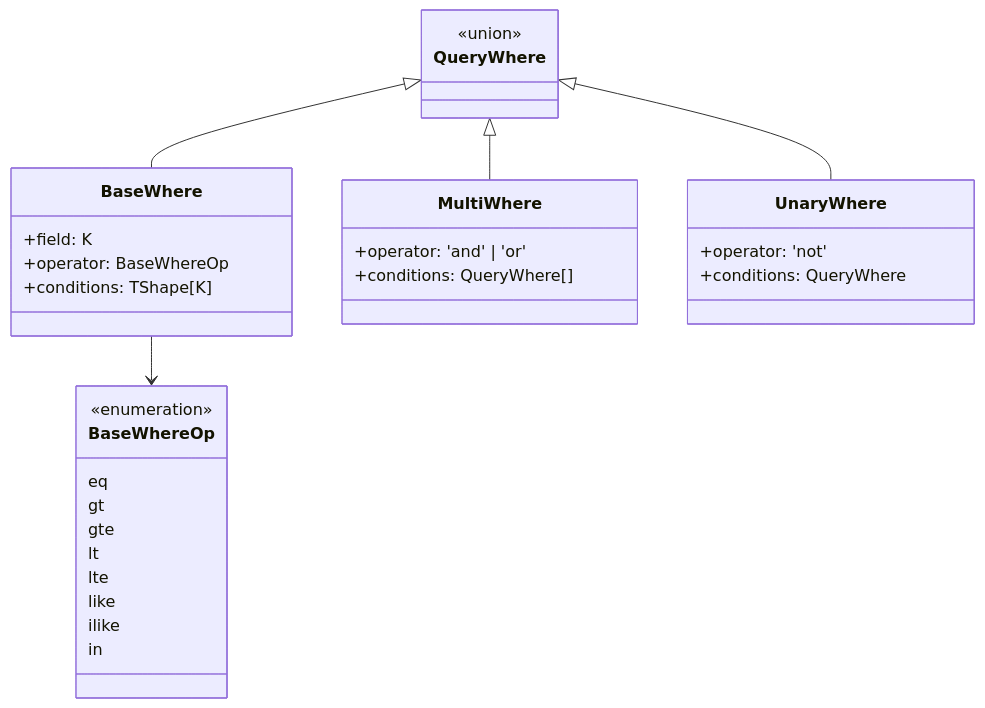
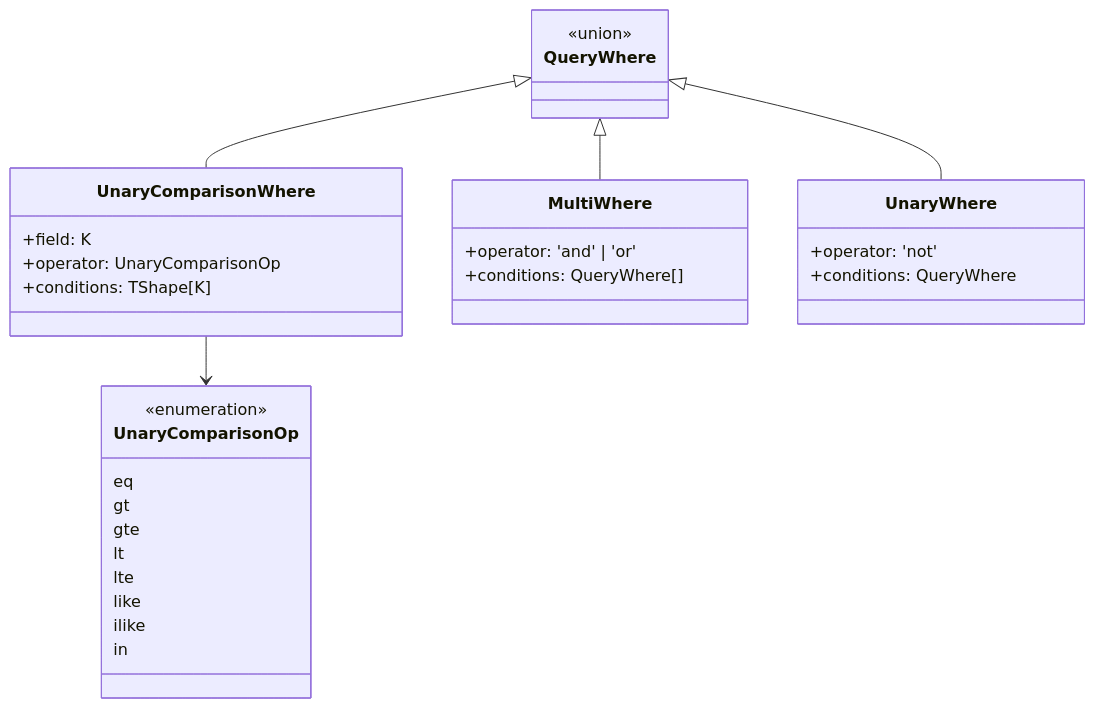
Before and after one commit to Nahida-aa/agnostic-query: the third of 3 diagrams in README.md, drawn with Mermaid. The commit also changed other lines of this file and 33 other files, not shown here.

First line of the commit message:
feat: Refactor query where schema and related logic

````diff
--- a/README.md
+++ b/README.md
@@ -66,40 +66,40 @@
 ```mermaid
 classDiagram
     class QueryWhere {
         <<union>>
     }
 
-    class BaseWhere {
+    class UnaryComparisonWhere {
         +field: K
-        +operator: BaseWhereOp
+        +operator: UnaryComparisonOp
         +conditions: TShape[K]
     }
 
     class MultiWhere {
         +operator: 'and' | 'or'
         +conditions: QueryWhere[]
     }
 
     class UnaryWhere {
         +operator: 'not'
         +conditions: QueryWhere
     }
 
-    QueryWhere <|-- BaseWhere
+    QueryWhere <|-- UnaryComparisonWhere
     QueryWhere <|-- MultiWhere
     QueryWhere <|-- UnaryWhere
 
-    class BaseWhereOp {
+    class UnaryComparisonOp {
         <<enumeration>>
         eq
         gt
         gte
         lt
         lte
         like
         ilike
         in
     }
 
-    BaseWhere --> BaseWhereOp
+    UnaryComparisonWhere --> UnaryComparisonOp
 ```
````
